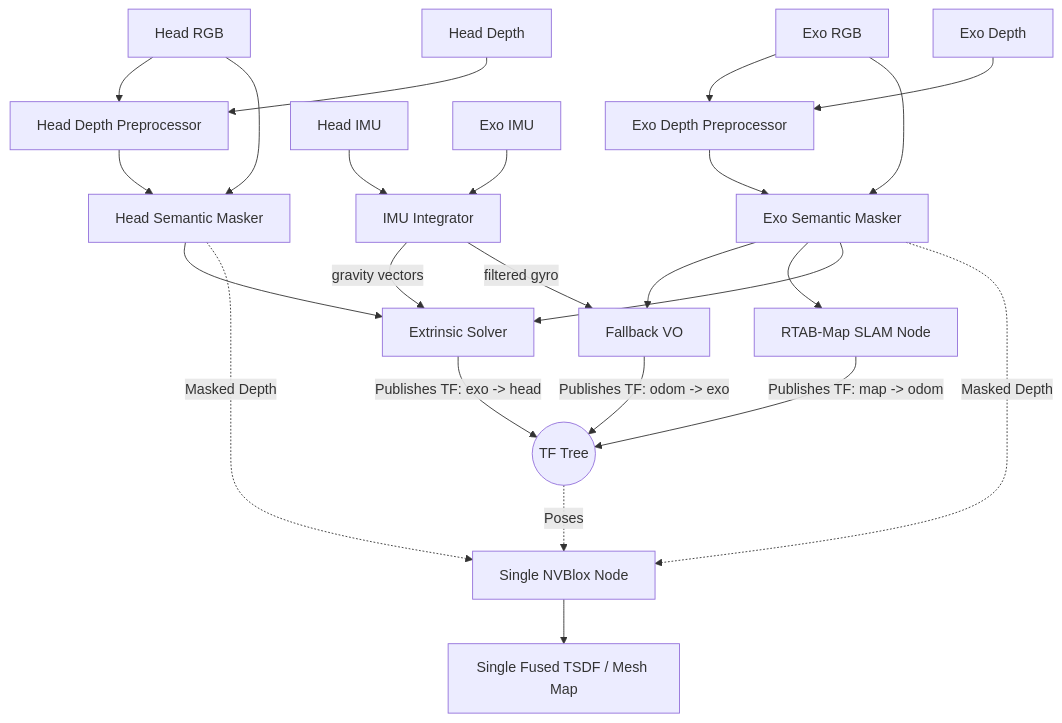
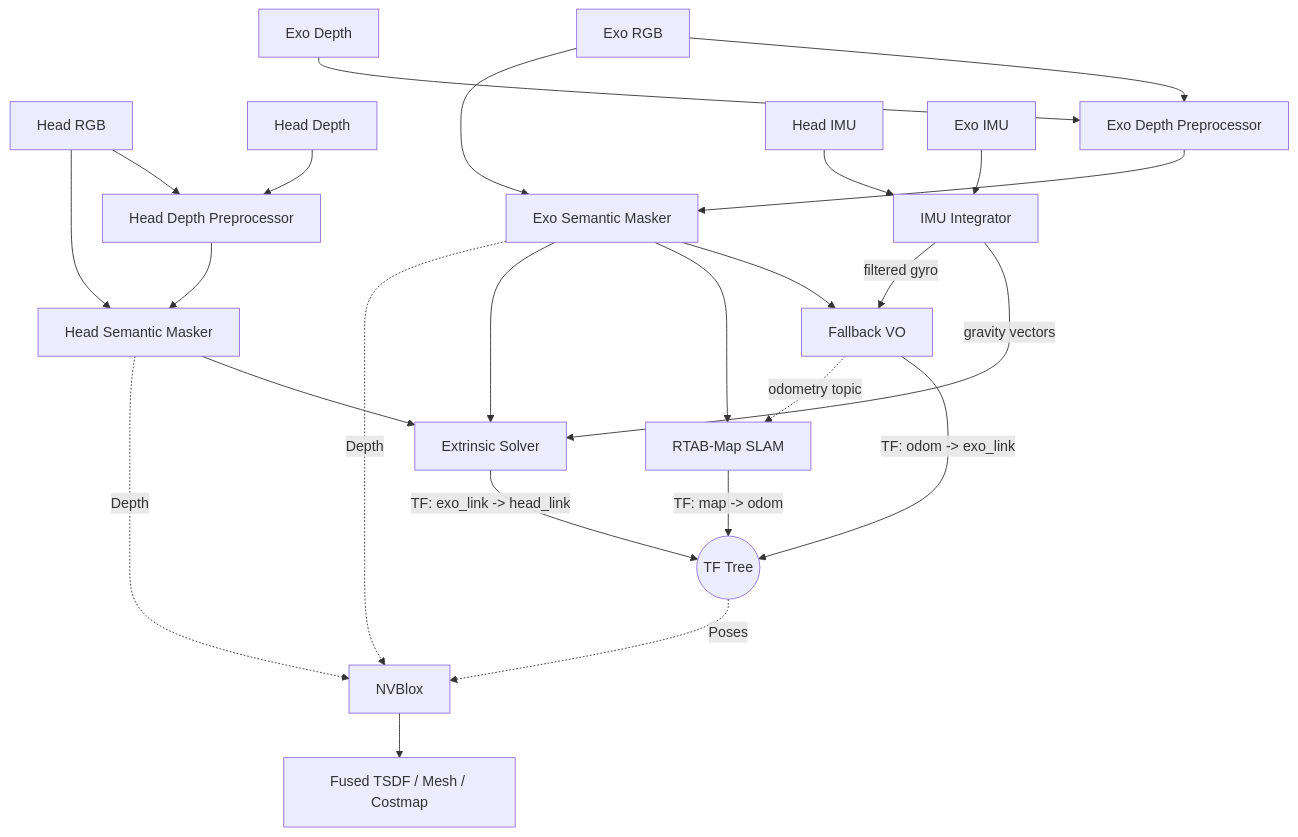
Before and after one commit to davidebaggio/MARS-Exo: the diagram in pipeline.md, drawn with Mermaid. The commit also changed other lines of this file, not shown here.

Commit message:
docs: fix pipeline.md — SLAM runs on exo only, head pose derived from extrinsic TF

````diff
--- a/pipeline.md
+++ b/pipeline.md
@@ -19,40 +20,40 @@
 ```mermaid
 flowchart TD
     %% Inputs
     A1[Head RGB] --> B1[Head Depth Preprocessor]
     A2[Head Depth] --> B1
     A3[Exo RGB] --> B2[Exo Depth Preprocessor]
     A4[Exo Depth] --> B2
 
     %% IMU
     IMU_H[Head IMU] --> IMU_PROC[IMU Integrator]
     IMU_E[Exo IMU] --> IMU_PROC
 
     %% Masking
     B1 --> C1[Head Semantic Masker]
     A1 --> C1
     B2 --> C2[Exo Semantic Masker]
     A3 --> C2
 
     %% IMU outputs
     IMU_PROC -->|gravity vectors| F[Extrinsic Solver]
     IMU_PROC -->|filtered gyro| ODO[Fallback VO]
 
-    %% Tracking & Extrinsics
+    %% Tracking - exo only
     C2 --> ODO
-    ODO --> |Publishes TF: odom -> exo| TF_TREE((TF Tree))
+    ODO --> |TF: odom -> exo_link| TF_TREE((TF Tree))
+    C2 --> SLAM[RTAB-Map SLAM]
+    ODO -.->|odometry topic| SLAM
+    SLAM --> |TF: map -> odom| TF_TREE
 
-    C2 --> D_SLAM[RTAB-Map SLAM Node]
-    D_SLAM --> |Publishes TF: map -> odom| TF_TREE
-
+    %% Extrinsic - head derived from exo
     C1 --> F
     C2 --> F
-    F --> |Publishes TF: exo -> head| TF_TREE
+    F --> |TF: exo_link -> head_link| TF_TREE
 
     %% Fusion
-    C1 -. Masked Depth .-> N[Single NVBlox Node]
-    C2 -. Masked Depth .-> N
+    C1 -. Depth .-> N[NVBlox]
+    C2 -. Depth .-> N
     TF_TREE -. Poses .-> N
-
-    N --> J[Single Fused TSDF / Mesh Map]
+    N --> J[Fused TSDF / Mesh / Costmap]
 ```
````
